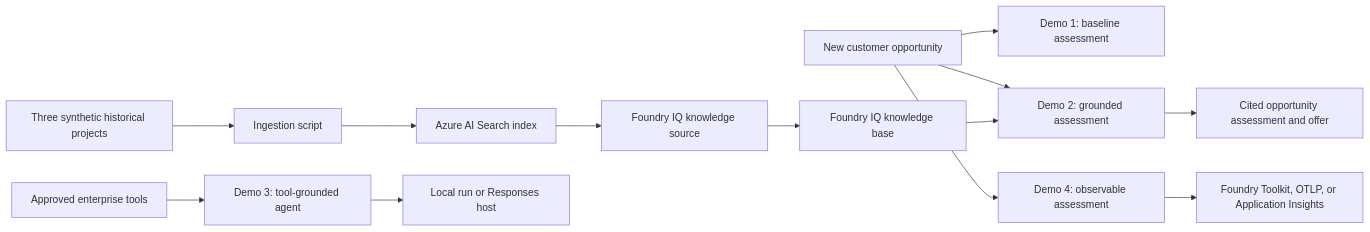
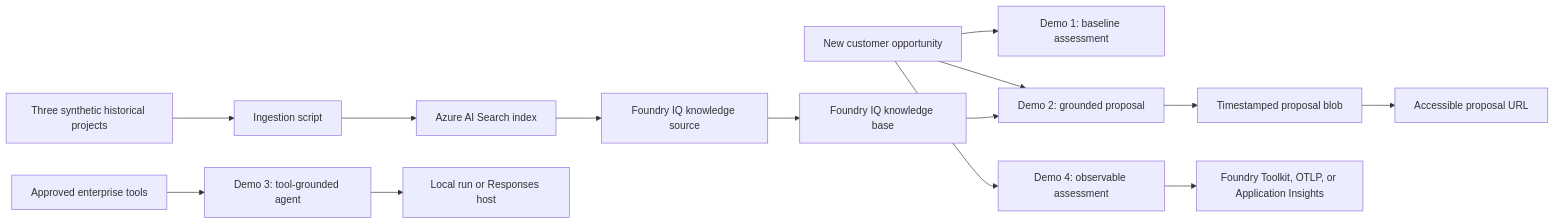
Before and after one commit to flo7up/RFP-Agent-On-Microsoft-Foundry: the diagram in README.md, drawn with Mermaid. The commit also changed other lines of this file and 10 other files, not shown here.

````diff
--- a/README.md
+++ b/README.md
@@ -18,18 +18,19 @@
 ```mermaid
 flowchart LR
     H[Three synthetic historical projects] --> I[Ingestion script]
     I --> S[Azure AI Search index]
     S --> KS[Foundry IQ knowledge source]
     KS --> KB[Foundry IQ knowledge base]
 
     O[New customer opportunity] --> D1[Demo 1: baseline assessment]
-    O --> D2[Demo 2: grounded assessment]
+    O --> D2[Demo 2: grounded proposal]
     KB --> D2
-    D2 --> A[Cited opportunity assessment and offer]
+    D2 --> B[Timestamped proposal blob]
+    B --> U[Accessible proposal URL]
 
     T[Approved enterprise tools] --> D3[Demo 3: tool-grounded agent]
     D3 --> R[Local run or Responses host]
 
     O --> D4[Demo 4: observable assessment]
     D4 --> M[Foundry Toolkit, OTLP, or Application Insights]
 ```
````
